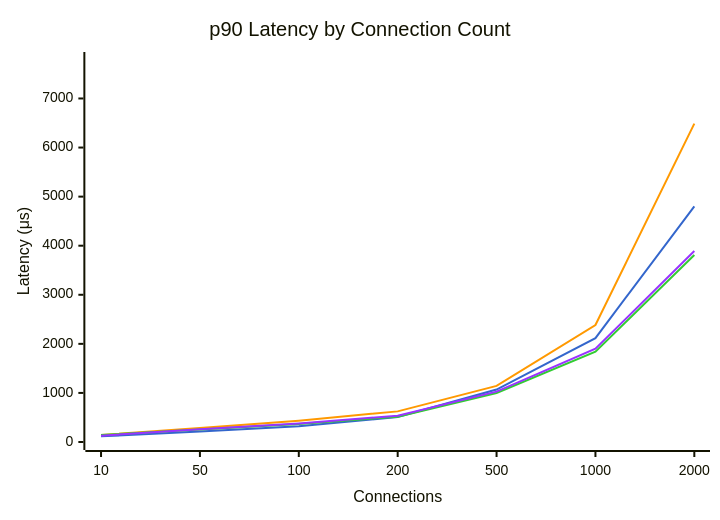
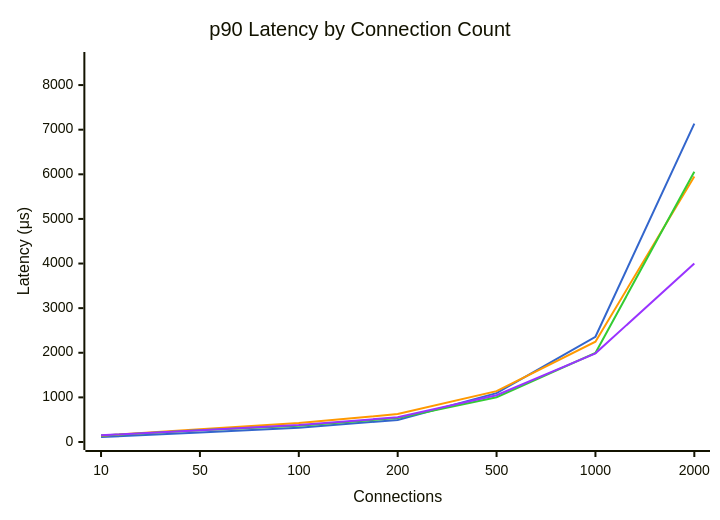
The fifth of 6 diagrams in docs/Bench/Azure/Standard_D8s_v5.md (youyuanwu/bypass-misc), drawn with Mermaid before and after one commit. The commit also changed other lines of this file and 5 other files, not shown here.

````diff
--- a/docs/Bench/Azure/Standard_D8s_v5.md
+++ b/docs/Bench/Azure/Standard_D8s_v5.md
@@ -129,16 +129,16 @@
 ```mermaid
 ---
 config:
     themeVariables:
         xyChart:
             plotColorPalette: "#3366cc, #ff9900, #33cc33, #9933ff"
 ---
 xychart-beta
     title "p90 Latency by Connection Count"
     x-axis "Connections" [10, 50, 100, 200, 500, 1000, 2000]
-    y-axis "Latency (μs)" 0 --> 7784
-    line "dpdk" [115, 215, 320, 509, 1068, 2117, 4803]
-    line "tokio" [142, 285, 435, 624, 1144, 2383, 6487]
-    line "tokio-local" [143, 256, 365, 516, 1000, 1839, 3809]
-    line "kimojio" [129, 259, 379, 535, 1026, 1900, 3891]
+    y-axis "Latency (μs)" 0 --> 8562
+    line "dpdk" [112, 213, 318, 494, 1094, 2359, 7135]
+    line "tokio" [142, 285, 425, 626, 1140, 2247, 5951]
+    line "tokio-local" [143, 264, 366, 536, 1004, 1995, 6059]
+    line "kimojio" [151, 264, 379, 554, 1049, 1987, 4003]
 ```
````
